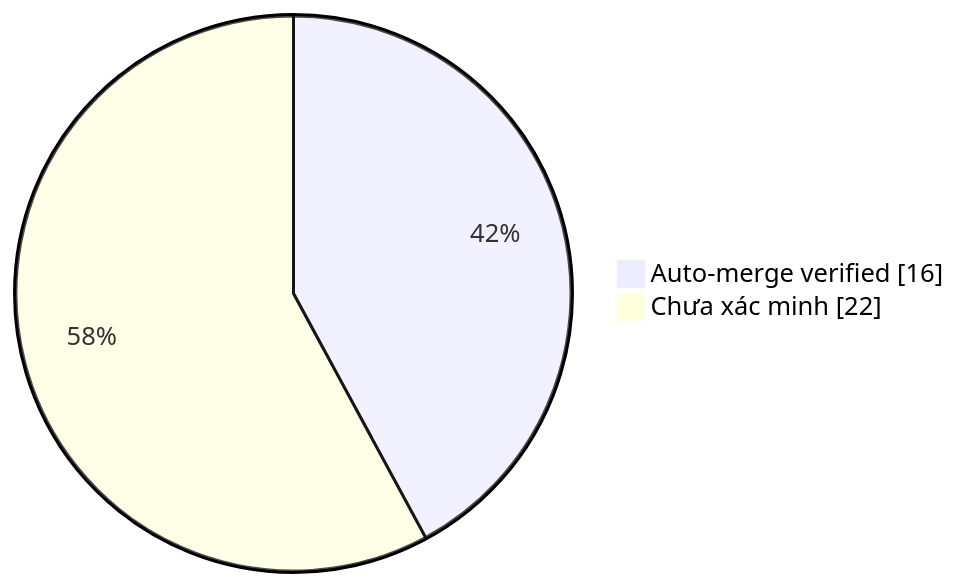
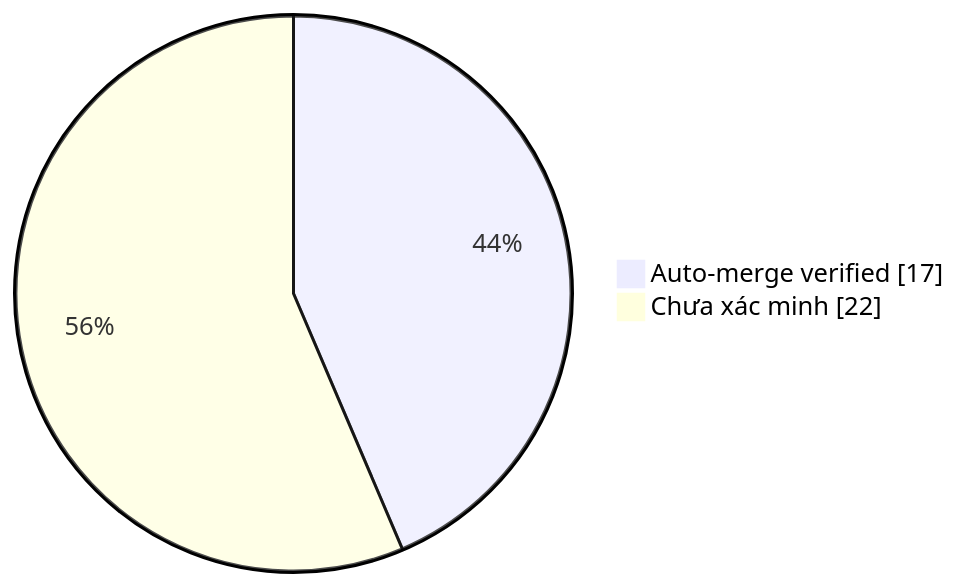
The diagram in collector.md (duykhang68/tetdinhmuiblog), drawn with Mermaid before and after one commit. The commit also changed other lines of this file and 1 other file, not shown here.

Commit message:
docs(collector): update auto-merge evidence dashboard

````diff
--- a/collector.md
+++ b/collector.md
@@ -22,5 +22,5 @@
 ```mermaid
 pie showData
-    "Auto-merge verified" : 16
+    "Auto-merge verified" : 17
     "Chưa xác minh" : 22
 ```
````
